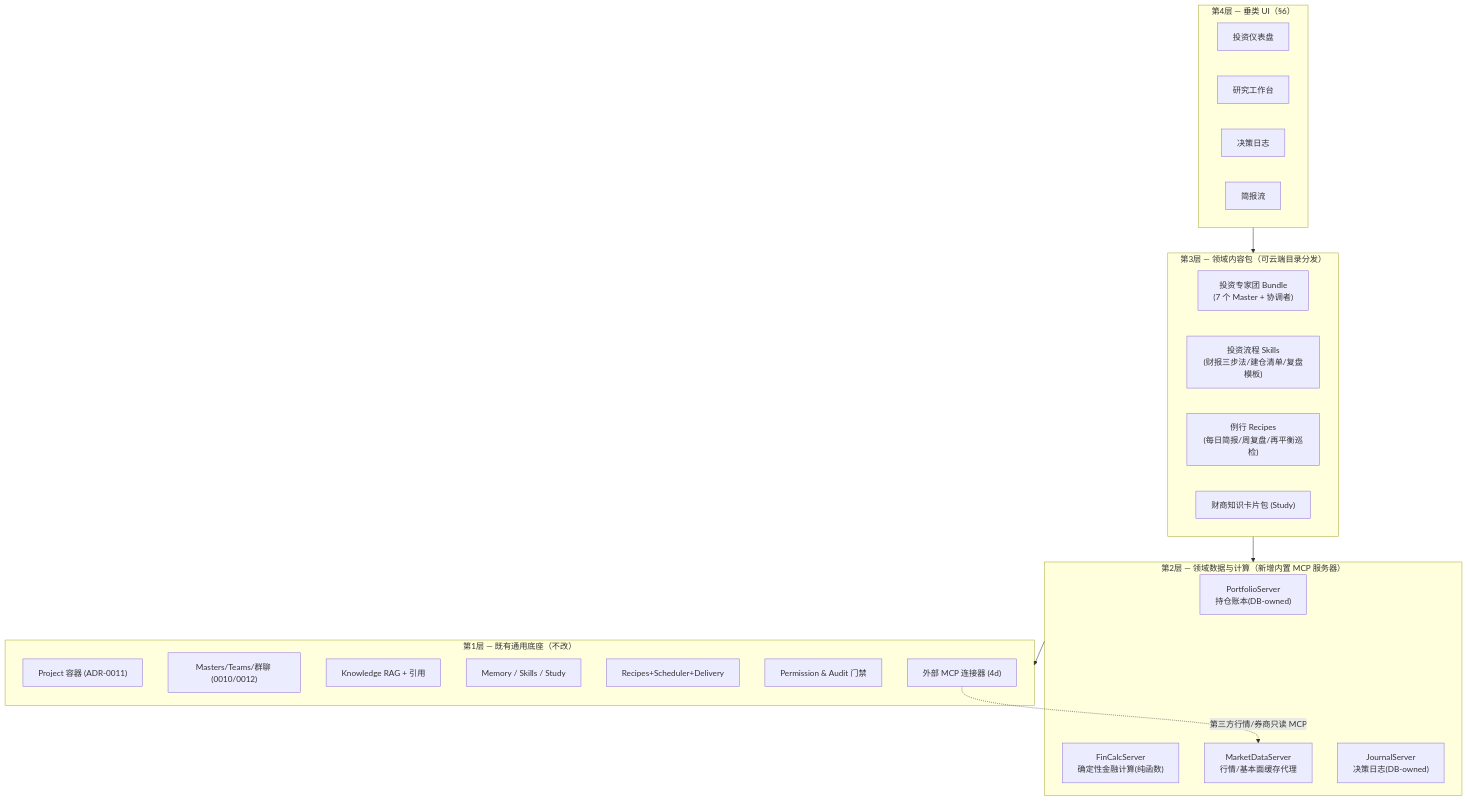
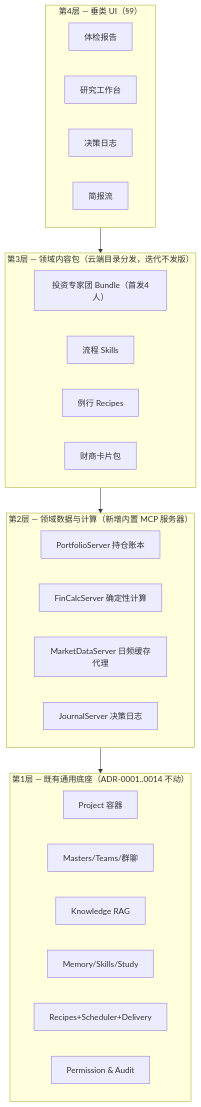
The diagram in docs/11-investment-agent.md (shushuo/masters), drawn with Mermaid before and after one commit. The commit also changed other lines of this file, not shown here.

````diff
--- a/docs/11-investment-agent.md
+++ b/docs/11-investment-agent.md
@@ -86,26 +181,18 @@
 ```mermaid
 flowchart TB
-    subgraph L4["第4层 — 垂类 UI（§6）"]
-        Dash["投资仪表盘"] ; Research["研究工作台"] ; Journal["决策日志"] ; Brief["简报流"]
+    subgraph L4["第4层 — 垂类 UI（§9）"]
+        Checkup["体检报告"] ; Research["研究工作台"] ; Journal["决策日志"] ; Brief["简报流"]
     end
-    subgraph L3["第3层 — 领域内容包（可云端目录分发）"]
-        Team["投资专家团 Bundle\n(7 个 Master + 协调者)"]
-        Skl["投资流程 Skills\n(财报三步法/建仓清单/复盘模板)"]
-        Rcp["例行 Recipes\n(每日简报/周复盘/再平衡巡检)"]
-        Deck["财商知识卡片包 (Study)"]
+    subgraph L3["第3层 — 领域内容包（云端目录分发，迭代不发版）"]
+        Team["投资专家团 Bundle（首发4人）"] ; Skl["流程 Skills"] ; Rcp["例行 Recipes"] ; Deck["财商卡片包"]
     end
     subgraph L2["第2层 — 领域数据与计算（新增内置 MCP 服务器）"]
-        Ledger["PortfolioServer\n持仓账本(DB-owned)"]
-        Fin["FinCalcServer\n确定性金融计算(纯函数)"]
-        Mkt["MarketDataServer\n行情/基本面缓存代理"]
-        Jrnl["JournalServer\n决策日志(DB-owned)"]
+        Ledger["PortfolioServer 持仓账本"] ; Fin["FinCalcServer 确定性计算"]
+        Mkt["MarketDataServer 日频缓存代理"] ; Jrnl["JournalServer 决策日志"]
     end
-    subgraph L1["第1层 — 既有通用底座（不改）"]
-        Proj["Project 容器 (ADR-0011)"] ; Masters["Masters/Teams/群聊 (0010/0012)"]
-        RAG["Knowledge RAG + 引用"] ; Mem["Memory / Skills / Study"]
-        Sched["Recipes+Scheduler+Delivery"] ; Gate["Permission & Audit 门禁"]
-        Conn["外部 MCP 连接器 (4d)"]
+    subgraph L1["第1层 — 既有通用底座（ADR-0001..0014 不动）"]
+        Proj["Project 容器"] ; Masters["Masters/Teams/群聊"] ; RAG["Knowledge RAG"]
+        Mem["Memory/Skills/Study"] ; Sched["Recipes+Scheduler+Delivery"] ; Gate["Permission & Audit"]
     end
     L4 --> L3 --> L2 --> L1
-    Conn -.第三方行情/券商只读 MCP.-> Mkt
 ```
````
